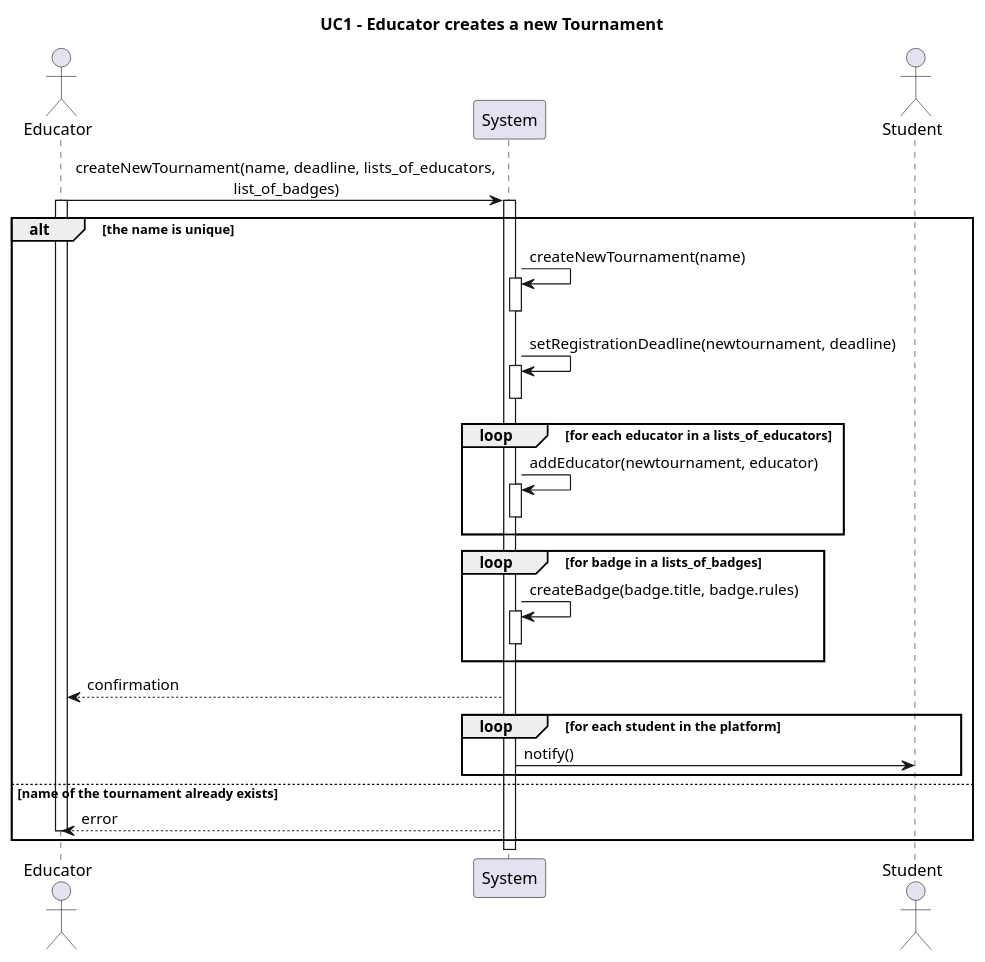
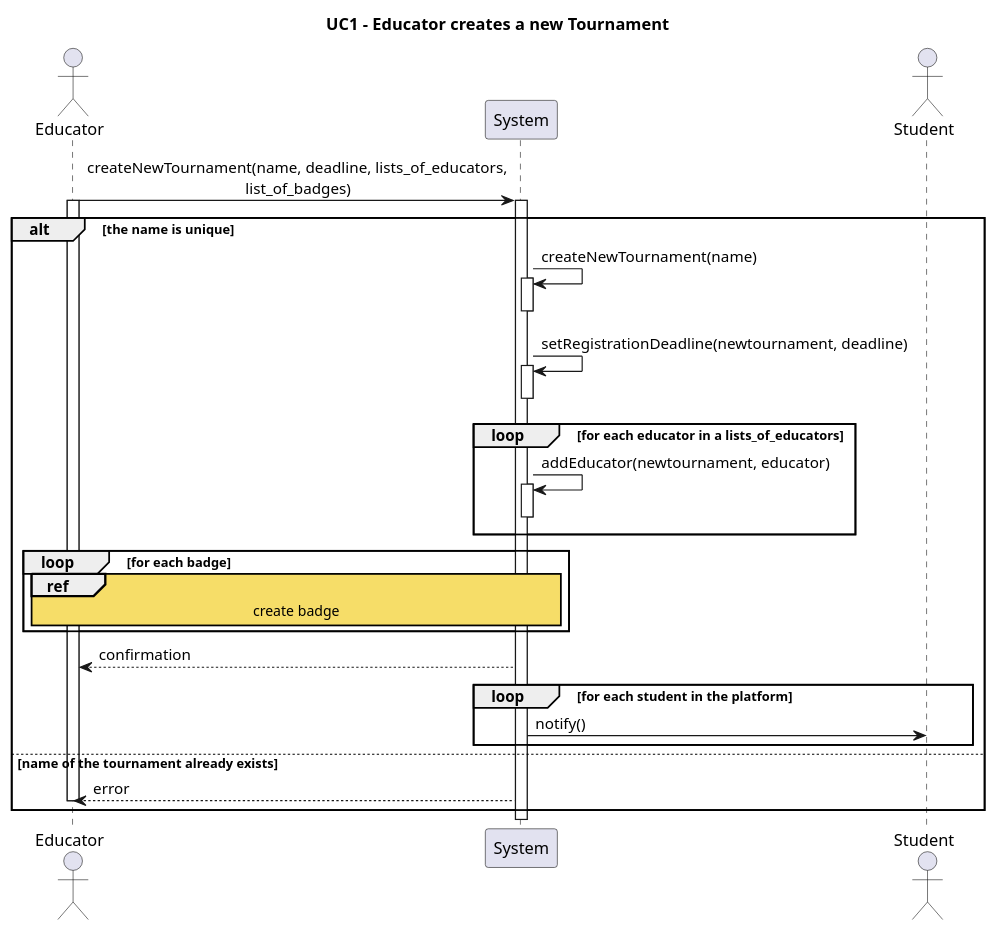
One commit to Furrrlo/CodeKataBattle changed the diagram in rasd/puml/UC1.puml. Above: the diagram before and after it, drawn with PlantUML. The commit also changed 10 other files, not shown here.

```diff
--- a/rasd/puml/UC1.puml
+++ b/rasd/puml/UC1.puml
@@ -1,44 +1,44 @@
 @startuml UC1
 title UC1 - Educator creates a new Tournament    
+skinparam sequenceReferenceBackgroundColor #F6DD68
 
 actor Educator
 
 participant System
 actor Student
 
 
 Educator -> System ++: createNewTournament(name, deadline, lists_of_educators,\n\t\t\t\t\tlist_of_badges)
 alt the name is unique
 
 activate Educator
 
 System -> System ++: createNewTournament(name)
 deactivate System
 
 System -> System ++: setRegistrationDeadline(newtournament, deadline)
 deactivate System
 
 loop for each educator in a lists_of_educators
     System -> System ++: addEducator(newtournament, educator)
     deactivate System
 end
 
-loop for badge in a lists_of_badges
-    System -> System ++: createBadge(badge.title, badge.rules)
-    deactivate System
+loop for each badge
+    ref over Educator, System: create badge
 end
 
 System --> Educator : confirmation
 
 
 loop for each student in the platform
     System -> Student : notify()
 
 end
 else name of the tournament already exists
     System --> Educator : error
     deactivate Educator
 end
 
 
 @enduml
```
